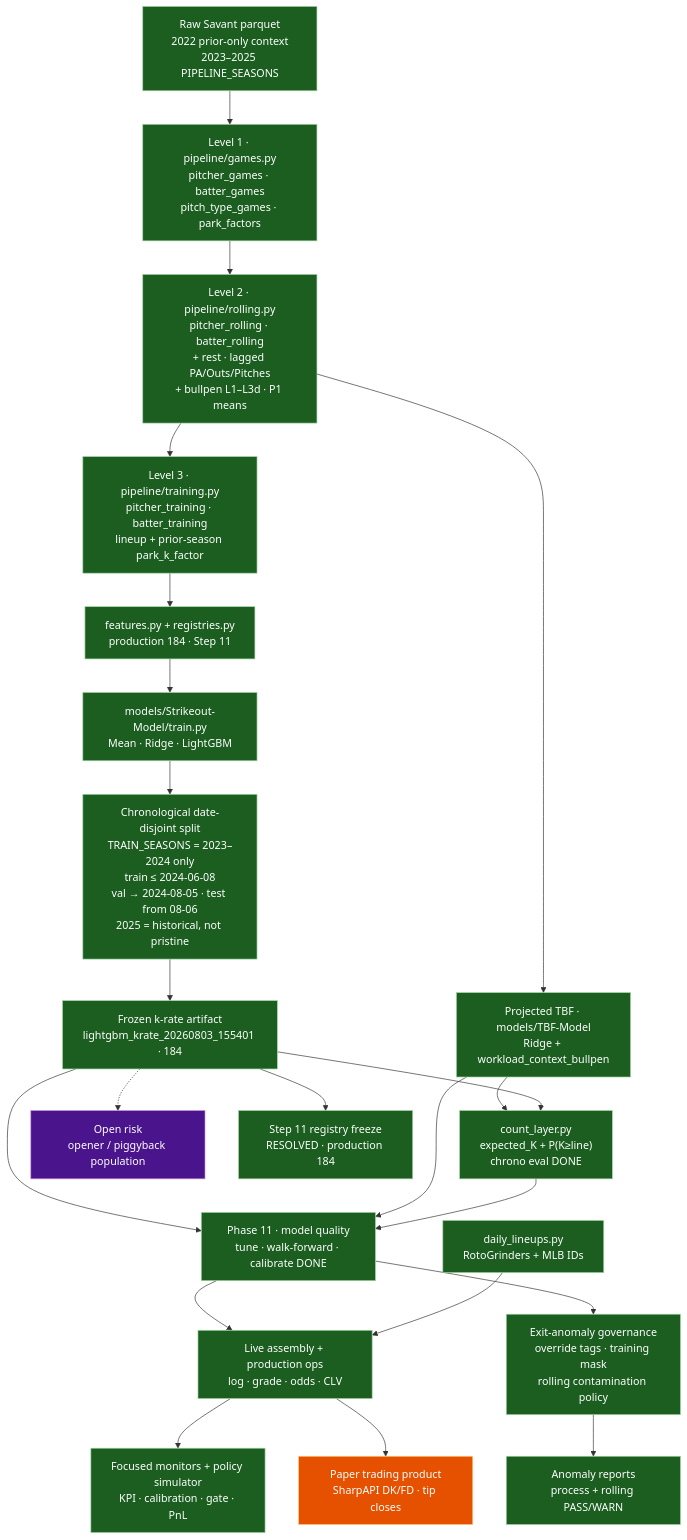
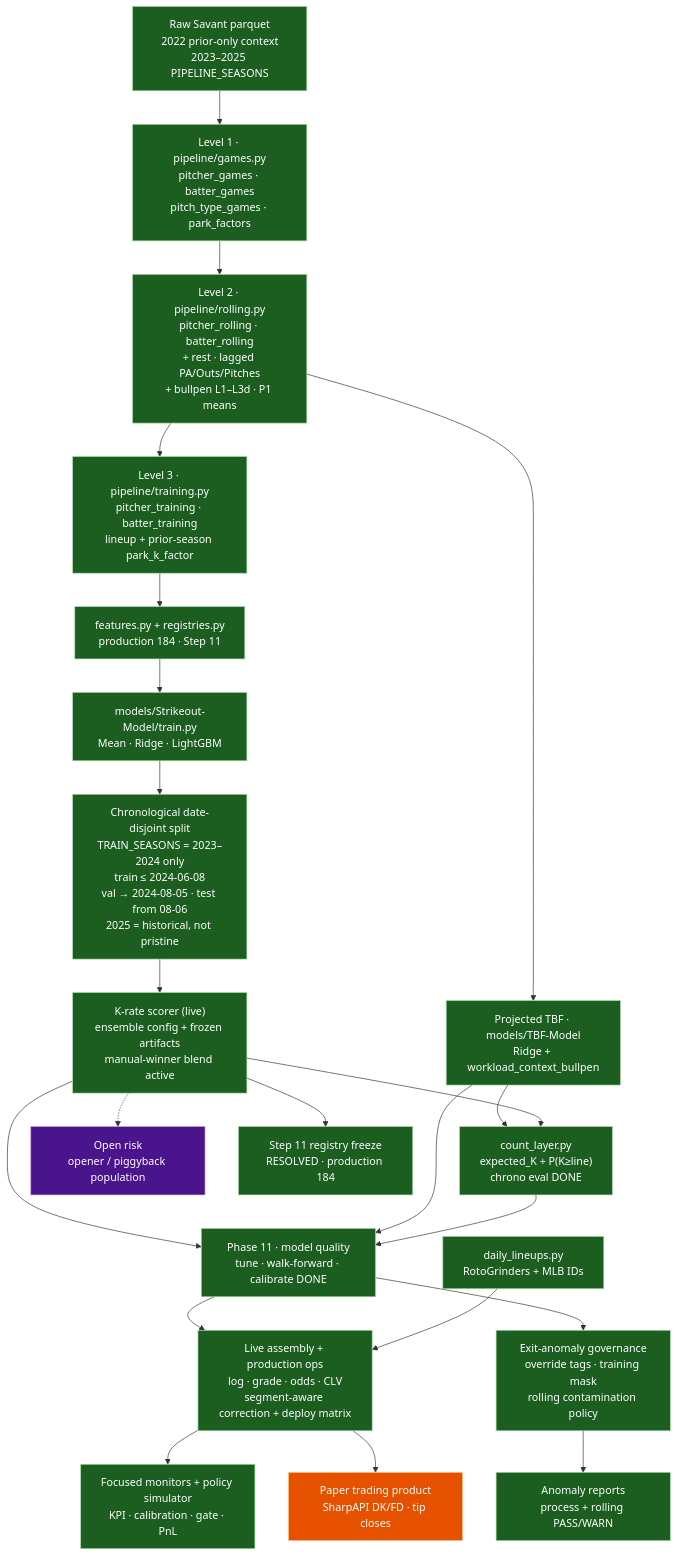
Before and after one commit to Cbkaplinger/MLB-Props: the diagram in docs/diagrams/01-architecture.md, drawn with Mermaid. The commit also changed other lines of this file and 38 other files, not shown here.

First line of the commit message:
Promote deduped ensemble governance and wire live k-rate blend

````diff
--- a/docs/diagrams/01-architecture.md
+++ b/docs/diagrams/01-architecture.md
@@ -7,47 +7,47 @@
 ```mermaid
 flowchart TB
   classDef built fill:#1b5e20,stroke:#a5d6a7,color:#fff
   classDef partial fill:#e65100,stroke:#ffcc80,color:#fff
   classDef missing fill:#b71c1c,stroke:#ef9a9a,color:#fff
   classDef risk fill:#4a148c,stroke:#ce93d8,color:#fff
   classDef next fill:#01579b,stroke:#81d4fa,color:#fff
 
   RAW["Raw Savant parquet<br/>2022 prior-only context<br/>2023–2025 PIPELINE_SEASONS"]:::built
 
   L1["Level 1 · pipeline/games.py<br/>pitcher_games · batter_games<br/>pitch_type_games · park_factors"]:::built
   L2["Level 2 · pipeline/rolling.py<br/>pitcher_rolling · batter_rolling<br/>+ rest · lagged PA/Outs/Pitches<br/>+ bullpen L1–L3d · P1 means"]:::built
   L3["Level 3 · pipeline/training.py<br/>pitcher_training · batter_training<br/>lineup + prior-season park_k_factor"]:::built
 
   FEAT["features.py + registries.py<br/>production 184 · Step 11"]:::built
   TRAIN["models/Strikeout-Model/train.py<br/>Mean · Ridge · LightGBM"]:::built
   CV["Chronological date-disjoint split<br/>TRAIN_SEASONS = 2023–2024 only<br/>train ≤ 2024-06-08<br/>val → 2024-08-05 · test from 08-06<br/>2025 = historical, not pristine"]:::built
-  ART["Frozen k-rate artifact<br/>lightgbm_krate_20260803_155401 · 184"]:::built
+  ART["K-rate scorer (live)<br/>ensemble config + frozen artifacts<br/>manual-winner blend active"]:::built
 
   TBF["Projected TBF · models/TBF-Model<br/>Ridge + workload_context_bullpen"]:::built
   EXP["count_layer.py<br/>expected_K + P(K≥line)<br/>chrono eval DONE"]:::built
 
   P11["Phase 11 · model quality<br/>tune · walk-forward · calibrate DONE"]:::built
   DL["daily_lineups.py<br/>RotoGrinders + MLB IDs"]:::built
-  LIVE["Live assembly + production ops<br/>log · grade · odds · CLV"]:::built
+  LIVE["Live assembly + production ops<br/>log · grade · odds · CLV<br/>segment-aware correction + deploy matrix"]:::built
   ANOM["Exit-anomaly governance<br/>override tags · training mask<br/>rolling contamination policy"]:::built
   REP["Anomaly reports<br/>process + rolling PASS/WARN"]:::built
   MON["Focused monitors + policy simulator<br/>KPI · calibration · gate · PnL"]:::built
   MKT["Paper trading product<br/>SharpAPI DK/FD · tip closes"]:::partial
 
   OPEN["Open risk<br/>opener / piggyback population"]:::risk
   REG["Step 11 registry freeze<br/>RESOLVED · production 184"]:::built
 
   RAW --> L1 --> L2 --> L3 --> FEAT --> TRAIN --> CV --> ART
   L2 --> TBF --> EXP
   ART --> EXP
   ART --> P11
   TBF --> P11
   EXP --> P11
   P11 --> LIVE
   P11 --> ANOM --> REP
   DL --> LIVE
   LIVE --> MON
   LIVE --> MKT
   ART -.-> OPEN
   ART --> REG
 ```
````
